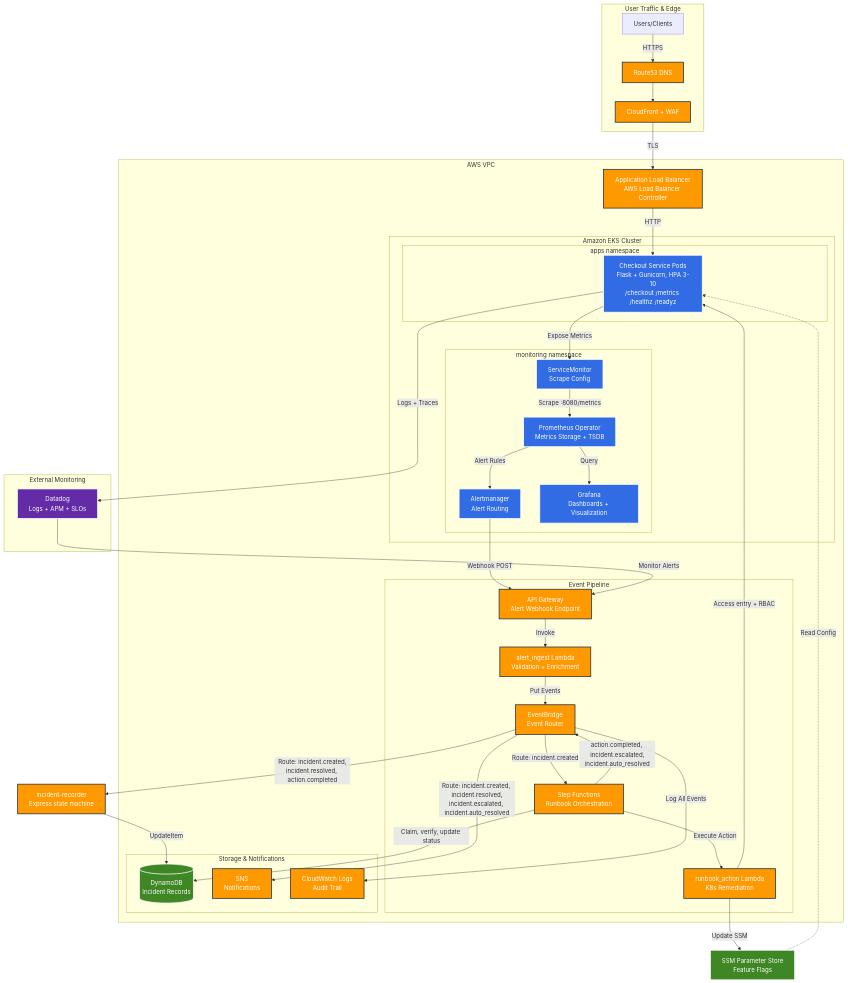
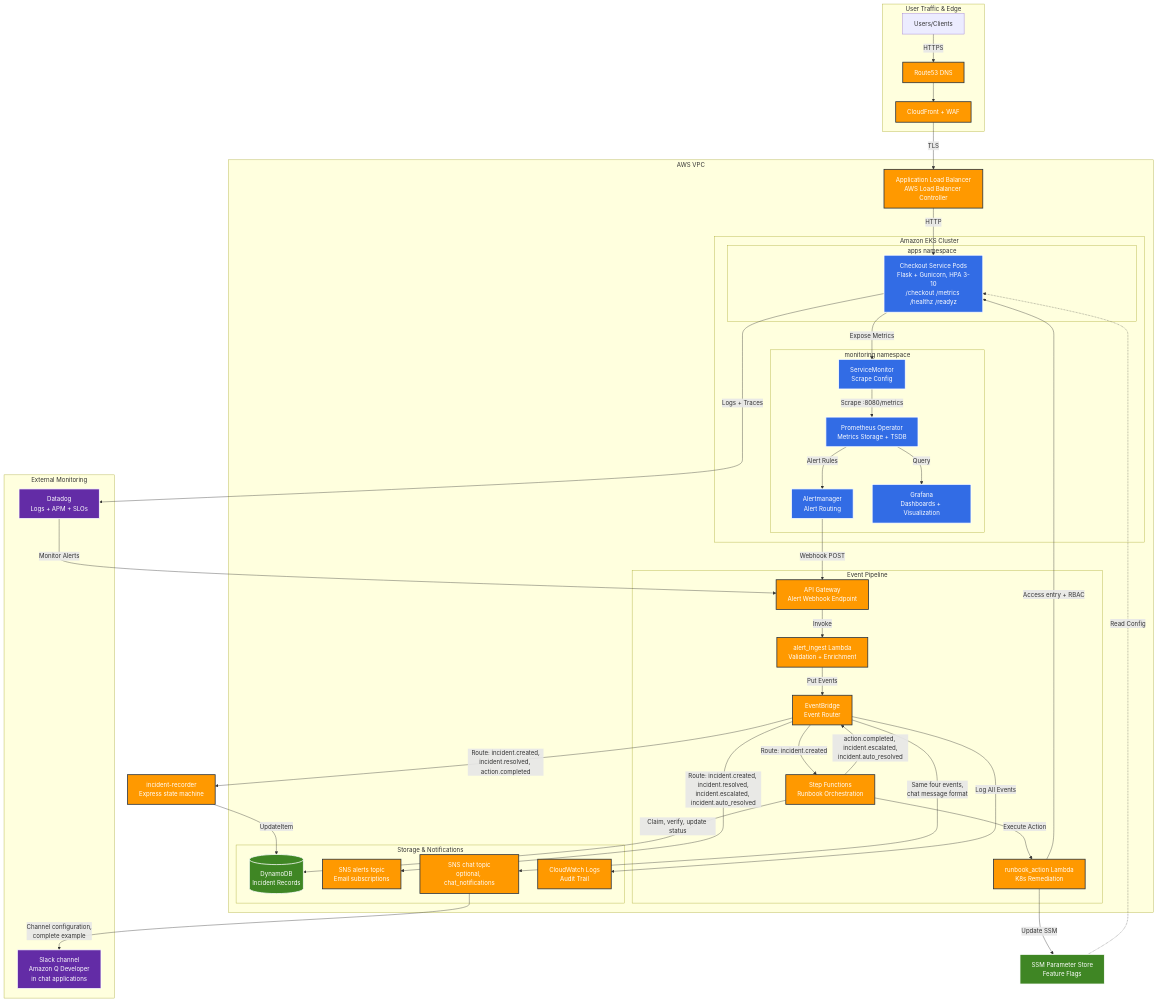
Before and after one commit to amrutp24/event-driven-sre-platform: the first of 4 diagrams in docs/architecture/README.md, drawn with Mermaid. The commit also changed other lines of this file and 28 other files, not shown here.

````diff
--- a/docs/architecture/README.md
+++ b/docs/architecture/README.md
@@ -52,13 +52,15 @@
 
         subgraph "Storage & Notifications"
             DDB[(DynamoDB<br/>Incident Records)]
-            SNS[SNS<br/>Notifications]
+            SNS[SNS alerts topic<br/>Email subscriptions]
+            CHAT[SNS chat topic<br/>optional, chat_notifications]
             CW[CloudWatch Logs<br/>Audit Trail]
         end
     end
 
     subgraph "External Monitoring"
         DD[Datadog<br/>Logs + APM + SLOs]
+        SLACK[Slack channel<br/>Amazon Q Developer<br/>in chat applications]
     end
 
     %% Traffic Flow
@@ -84,6 +86,8 @@
     EB -->|Route: incident.created,<br/>incident.resolved, action.completed| REC[incident-recorder<br/>Express state machine]
     REC -->|UpdateItem| DDB
     EB -->|Route: incident.created, incident.resolved,<br/>incident.escalated, incident.auto_resolved| SNS
+    EB -->|Same four events,<br/>chat message format| CHAT
+    CHAT -->|Channel configuration,<br/>complete example| SLACK
     EB -->|Route: incident.created| SF
     EB -->|Log All Events| CW
 
@@ -101,8 +105,8 @@
     classDef storage fill:#3F8624,stroke:#fff,stroke-width:2px,color:#fff
     classDef external fill:#632CA6,stroke:#fff,stroke-width:2px,color:#fff
 
-    class APIGW,L1,L2,EB,SF,REC,ALB,R53,CF,SNS,CW aws
+    class APIGW,L1,L2,EB,SF,REC,ALB,R53,CF,SNS,CHAT,CW aws
     class APP,PROM,AM,GRAF,SM k8s
     class DDB,SSM storage
-    class DD external
+    class DD,SLACK external
 ```
````
